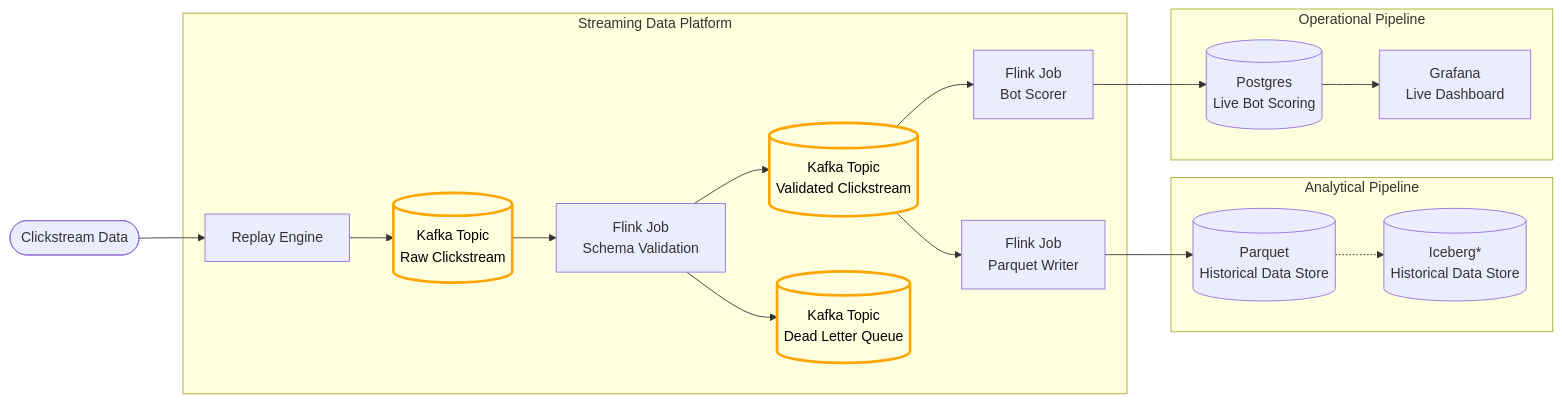
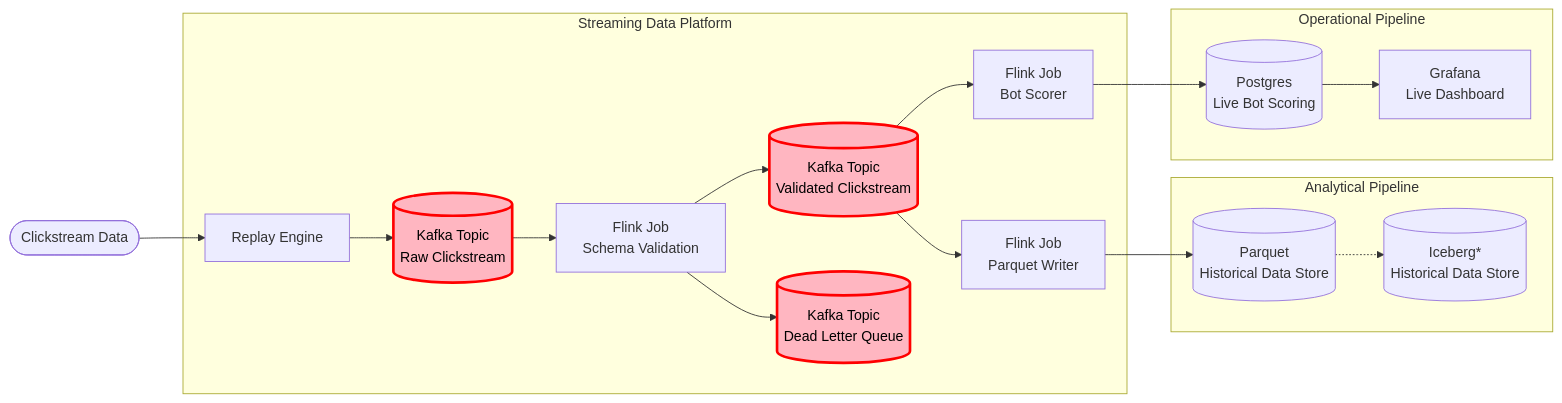
One commit to Rez99/data-engineering-portfolio changed the sixth of 10 diagrams in project-3-streaming-bot-detection/README.md. Above: the diagram before and after it, drawn with Mermaid.

Commit message:
Update flowchart highlight colors for improved visibility

````diff
--- a/project-3-streaming-bot-detection/README.md
+++ b/project-3-streaming-bot-detection/README.md
@@ -757,60 +757,60 @@
 ```mermaid
 flowchart LR
 
     DATA([Clickstream Data])
 
     subgraph STREAMING["Streaming Data Platform"]
 
         REPLAY[Replay Engine]
 
         RAW[("Kafka Topic<br>Raw Clickstream")]
 
         VALIDATE["Flink Job<br>Schema Validation"]
 
         CLEAN[("Kafka Topic<br>Validated Clickstream")]
 
         DLQ[("Kafka Topic<br>Dead Letter Queue")]
 
         ANALYTICS_JOB["Flink Job<br>Parquet Writer"]
 
         OPERATIONAL_JOB["Flink Job<br>Bot Scorer"]
 
         REPLAY --> RAW
         RAW --> VALIDATE
         VALIDATE --> CLEAN
         VALIDATE --> DLQ
 
         CLEAN --> ANALYTICS_JOB
         CLEAN --> OPERATIONAL_JOB
 
     end
 
     subgraph ANALYTICAL["Analytical Pipeline"]
 
         PARQUET[(Parquet<br>Historical Data Store)]
 
         ICEBERG[(Iceberg*<br>Historical Data Store)]
 
         PARQUET -.-> ICEBERG
 
     end
 
     subgraph OP_PIPELINE["Operational Pipeline"]
 
         POSTGRES[(Postgres<br>Live Bot Scoring)]
 
         GRAFANA["Grafana<br>Live Dashboard"]
 
         POSTGRES --> GRAFANA
 
     end
 
     DATA --> REPLAY
 
     ANALYTICS_JOB --> PARQUET
 
     OPERATIONAL_JOB --> POSTGRES
 
-    classDef highlighted fill:lightyellow,stroke:orange,stroke-width:3px,color:black
+    classDef highlighted fill:lightpink,stroke:red,stroke-width:3px,color:black
     class RAW,CLEAN,DLQ highlighted
 ```
````
